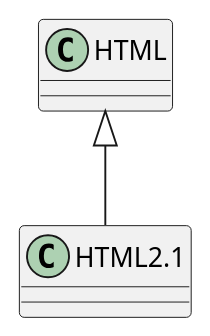
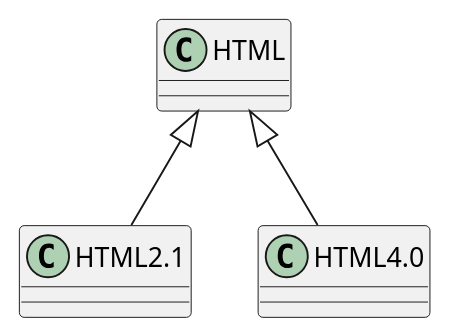
One commit to CodeURJC-DAW-2018-19/santatecla-relaciones-2 changed the diagram in relman/images/clasHTML.plantuml. Above: the diagram before and after it, drawn with PlantUML. The commit also changed 17 other files, not shown here.

```diff
--- a/relman/images/clasHTML.plantuml
+++ b/relman/images/clasHTML.plantuml
@@ -1,4 +1,5 @@
 @startuml 
  set namespaceSeparator none
 HTML <|-- HTML2.1
+HTML <|-- HTML4.0
 @enduml
```
